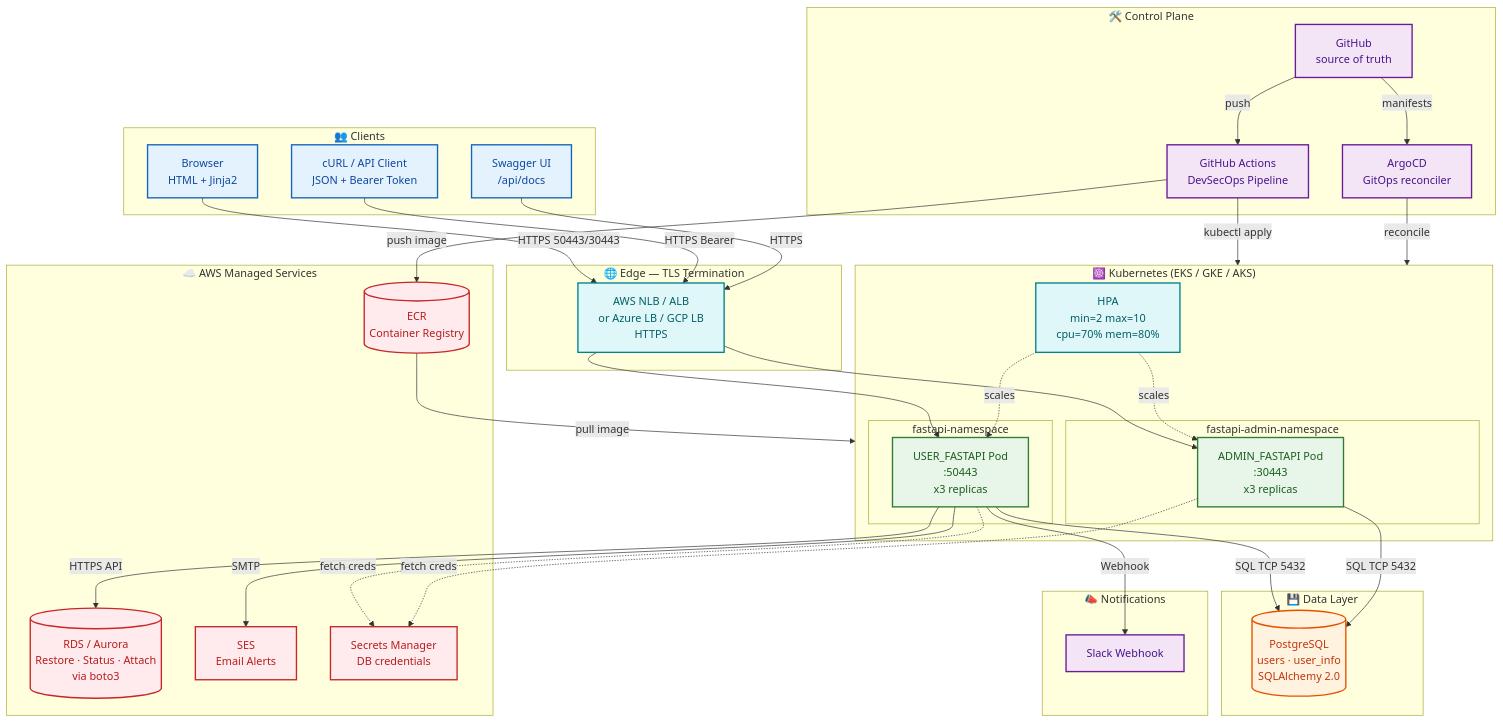
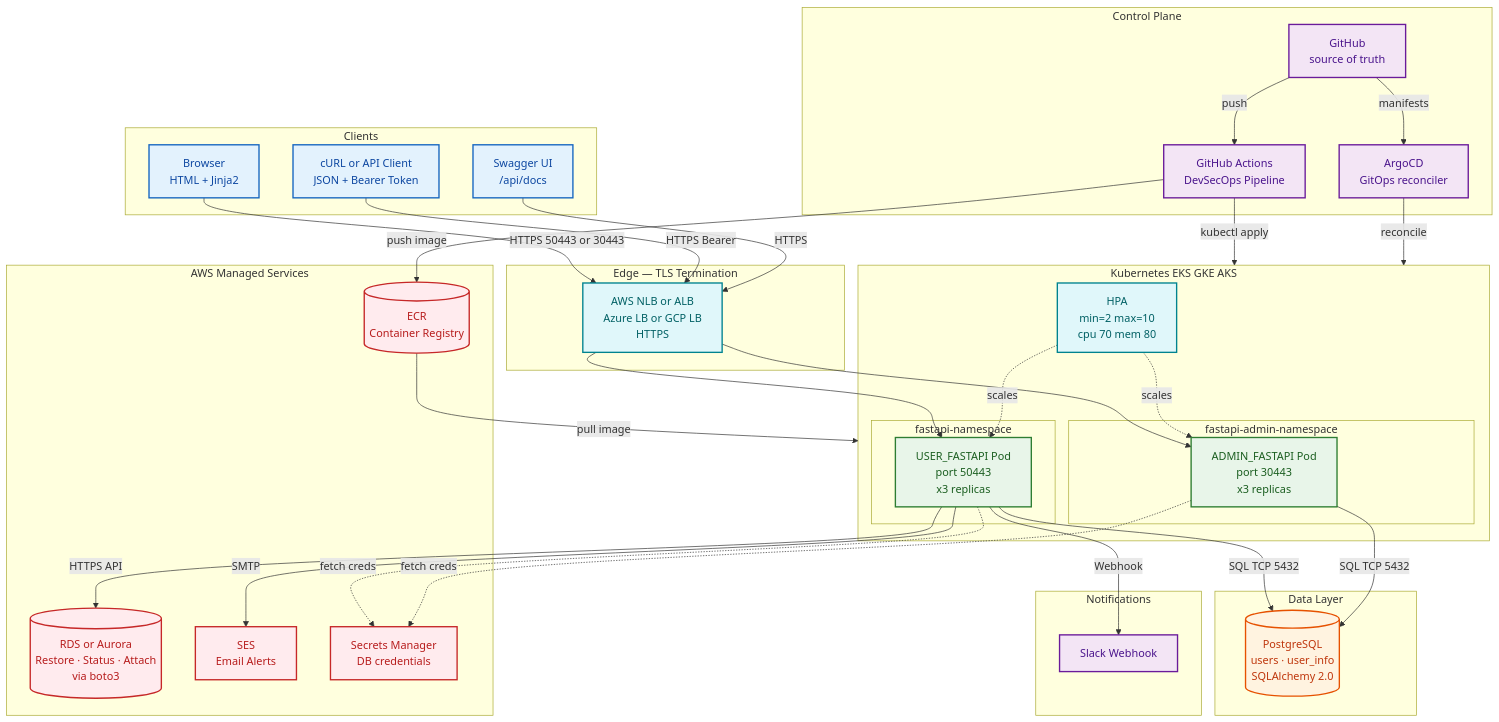
The first of 13 diagrams in README.md (skondla/fastAPIWebApp), drawn with Mermaid before and after one commit. The commit also changed other lines of this file, not shown here.

````diff
--- a/README.md
+++ b/README.md
@@ -70,81 +70,81 @@
 ```mermaid
 flowchart TB
     classDef client fill:#E3F2FD,stroke:#1565C0,stroke-width:2px,color:#0D47A1
     classDef app fill:#E8F5E9,stroke:#2E7D32,stroke-width:2px,color:#1B5E20
     classDef data fill:#FFF3E0,stroke:#E65100,stroke-width:2px,color:#BF360C
     classDef aws fill:#FFEBEE,stroke:#C62828,stroke-width:2px,color:#B71C1C
     classDef cicd fill:#F3E5F5,stroke:#6A1B9A,stroke-width:2px,color:#4A148C
     classDef k8s fill:#E0F7FA,stroke:#00838F,stroke-width:2px,color:#006064
 
-    subgraph Clients["👥 Clients"]
-        B[Browser<br/>HTML + Jinja2]
-        C[cURL / API Client<br/>JSON + Bearer Token]
-        S[Swagger UI<br/>/api/docs]
+    subgraph Clients["Clients"]
+        B["Browser<br/>HTML + Jinja2"]
+        C["cURL or API Client<br/>JSON + Bearer Token"]
+        S["Swagger UI<br/>/api/docs"]
     end
 
-    subgraph Edge["🌐 Edge — TLS Termination"]
-        LB[AWS NLB / ALB<br/>or Azure LB / GCP LB<br/>HTTPS]
+    subgraph Edge["Edge — TLS Termination"]
+        LB["AWS NLB or ALB<br/>Azure LB or GCP LB<br/>HTTPS"]
     end
 
-    subgraph K8s["☸️ Kubernetes (EKS / GKE / AKS)"]
+    subgraph K8s["Kubernetes EKS GKE AKS"]
         subgraph UserNS["fastapi-namespace"]
-            U1[USER_FASTAPI Pod<br/>:50443<br/>x3 replicas]
+            U1["USER_FASTAPI Pod<br/>port 50443<br/>x3 replicas"]
         end
         subgraph AdminNS["fastapi-admin-namespace"]
-            A1[ADMIN_FASTAPI Pod<br/>:30443<br/>x3 replicas]
+            A1["ADMIN_FASTAPI Pod<br/>port 30443<br/>x3 replicas"]
         end
-        HPA[HPA<br/>min=2 max=10<br/>cpu=70% mem=80%]
+        HPA["HPA<br/>min=2 max=10<br/>cpu 70 mem 80"]
     end
 
-    subgraph DataLayer["💾 Data Layer"]
-        PG[(PostgreSQL<br/>users · user_info<br/>SQLAlchemy 2.0)]
+    subgraph DataLayer["Data Layer"]
+        PG[("PostgreSQL<br/>users · user_info<br/>SQLAlchemy 2.0")]
     end
 
-    subgraph AWSManaged["☁️ AWS Managed Services"]
-        RDS[(RDS / Aurora<br/>Restore · Status · Attach<br/>via boto3)]
-        SES[SES<br/>Email Alerts]
-        ECR[(ECR<br/>Container Registry)]
-        SM[Secrets Manager<br/>DB credentials]
+    subgraph AWSManaged["AWS Managed Services"]
+        RDS[("RDS or Aurora<br/>Restore · Status · Attach<br/>via boto3")]
+        SES["SES<br/>Email Alerts"]
+        ECR[("ECR<br/>Container Registry")]
+        SM["Secrets Manager<br/>DB credentials"]
     end
 
-    subgraph Notify["📣 Notifications"]
-        SLACK[Slack Webhook]
+    subgraph Notify["Notifications"]
+        SLACK["Slack Webhook"]
     end
 
-    subgraph Control["🛠️ Control Plane"]
-        GH[GitHub<br/>source of truth]
-        GHA[GitHub Actions<br/>DevSecOps Pipeline]
-        ARGO[ArgoCD<br/>GitOps reconciler]
+    subgraph Control["Control Plane"]
+        GH["GitHub<br/>source of truth"]
+        GHA["GitHub Actions<br/>DevSecOps Pipeline"]
+        ARGO["ArgoCD<br/>GitOps reconciler"]
     end
 
-    B -->|HTTPS 50443/30443| LB
-    C -->|HTTPS Bearer| LB
-    S -->|HTTPS| LB
+    B -->|"HTTPS 50443 or 30443"| LB
+    C -->|"HTTPS Bearer"| LB
+    S -->|"HTTPS"| LB
     LB --> U1
     LB --> A1
-    HPA -.scales.-> U1
-    HPA -.scales.-> A1
+    HPA -.->|scales| U1
+    HPA -.->|scales| A1
 
-    U1 -->|SQL TCP 5432| PG
-    A1 -->|SQL TCP 5432| PG
-    U1 -->|HTTPS API| RDS
-    U1 -->|SMTP| SES
-    U1 -->|Webhook| SLACK
-    U1 -.fetch creds.-> SM
-    A1 -.fetch creds.-> SM
+    U1 -->|"SQL TCP 5432"| PG
+    A1 -->|"SQL TCP 5432"| PG
+    U1 -->|"HTTPS API"| RDS
+    U1 -->|"SMTP"| SES
+    U1 -->|"Webhook"| SLACK
+    U1 -.->|"fetch creds"| SM
+    A1 -.->|"fetch creds"| SM
 
-    GH -->|push| GHA
-    GHA -->|push image| ECR
-    GHA -->|kubectl apply| K8s
-    ECR -->|pull image| K8s
-    ARGO -->|reconcile| K8s
-    GH -->|manifests| ARGO
+    GH -->|"push"| GHA
+    GHA -->|"push image"| ECR
+    GHA -->|"kubectl apply"| K8s
+    ECR -->|"pull image"| K8s
+    ARGO -->|"reconcile"| K8s
+    GH -->|"manifests"| ARGO
 
     class B,C,S client
     class U1,A1 app
     class PG data
     class RDS,SES,ECR,SM aws
     class GH,GHA,ARGO cicd
     class HPA,LB k8s
     class SLACK cicd
 ```
````
